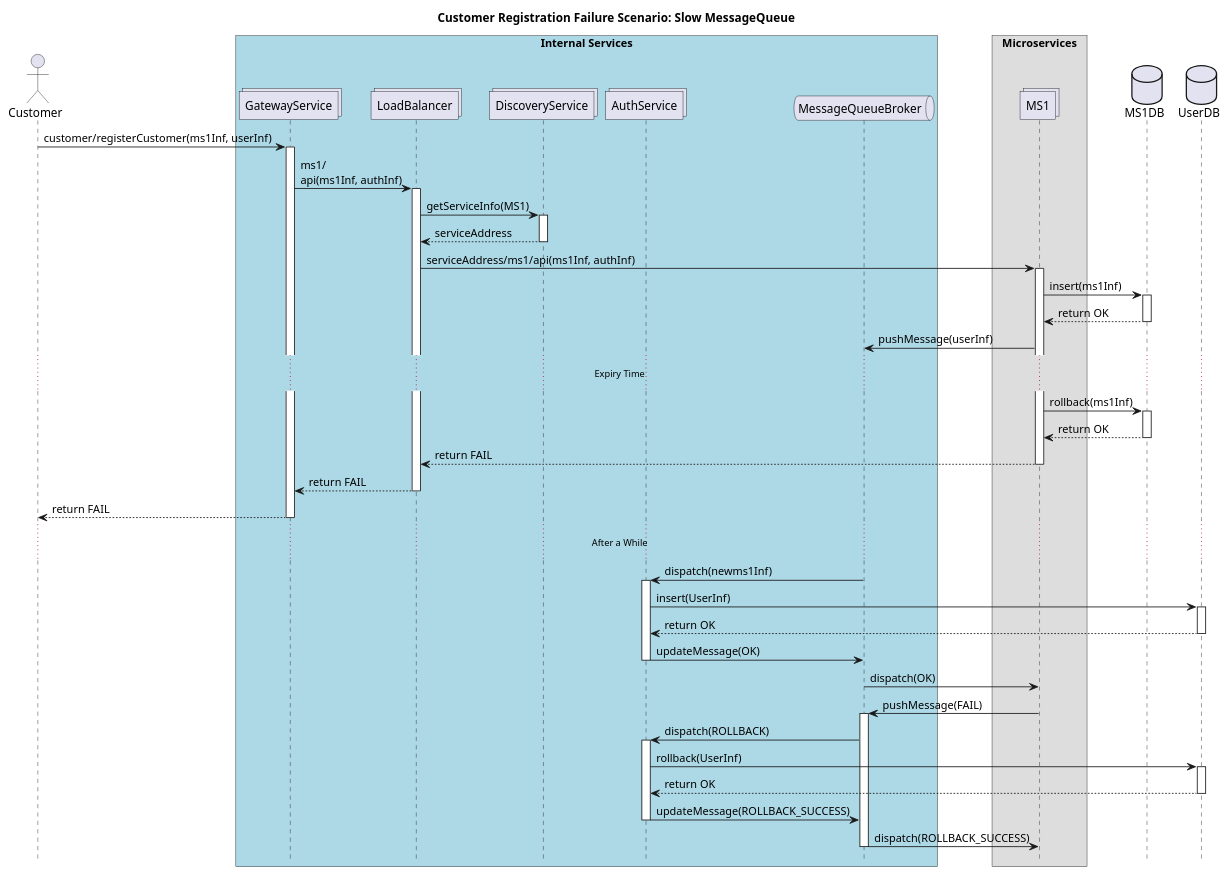
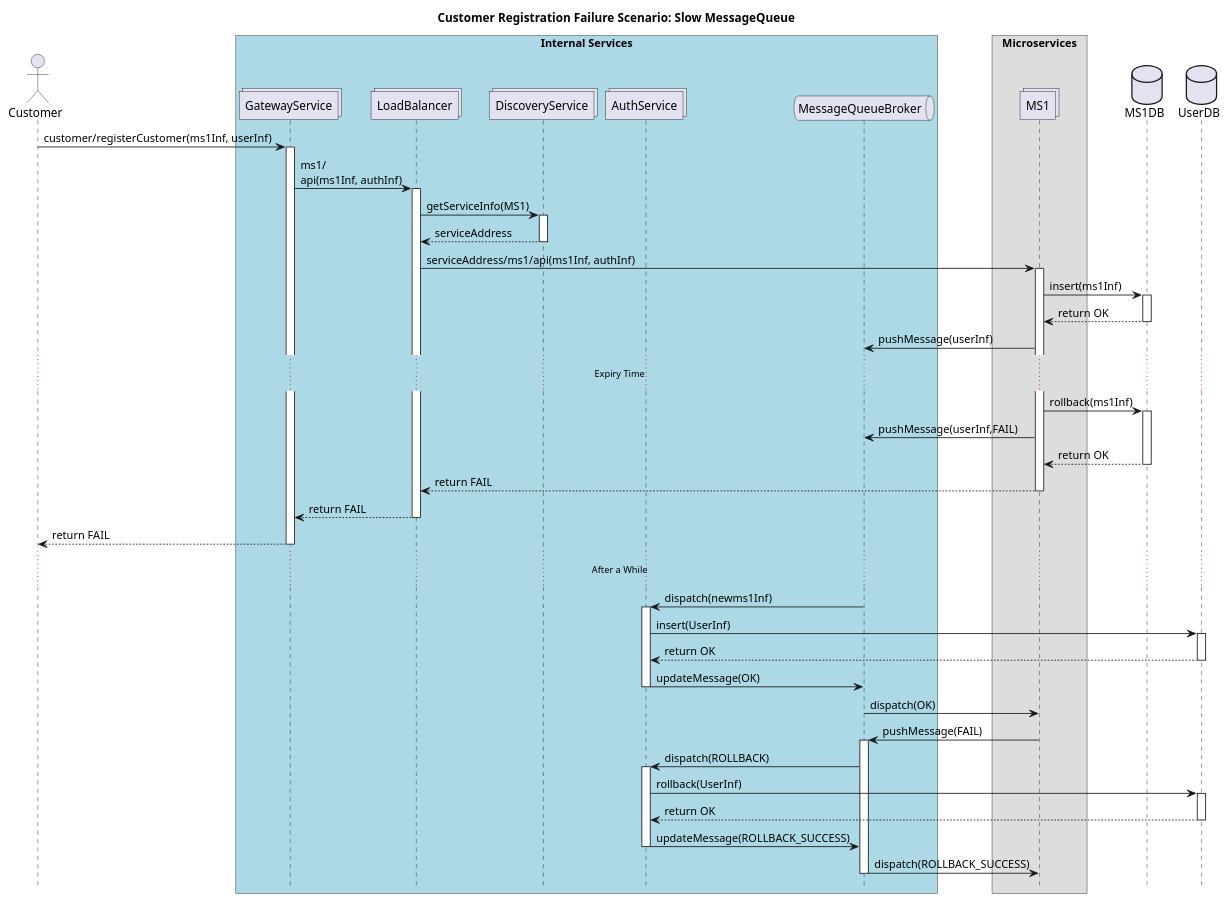
Before and after one commit to naimyurek/microblockthesis: the diagram in 05 Client Registration Failure 2.wsd, drawn with PlantUML.

Commit message:
update pushMessage broker when rollback

```diff
--- a/05 Client Registration Failure 2.wsd
+++ b/05 Client Registration Failure 2.wsd
@@ -1,53 +1,54 @@
 @startuml CustomerRegistrationFailureScenarioSlowMessageQueue
 !pragma teoz true
 
 hide footbox
 actor Customer
 
 title "Customer Registration Failure Scenario: Slow MessageQueue"
 
 box "Internal Services" #LightBlue
 collections GatewayService
 collections LoadBalancer
 collections DiscoveryService
 collections AuthService
 queue MessageQueueBroker
 end box
 
 box "Microservices"
 collections MS1
 end box
 
 database MS1DB
 database UserDB
 
 Customer -> GatewayService ++ : customer/registerCustomer(ms1Inf, userInf)
 GatewayService -> LoadBalancer ++ : ms1/\napi(ms1Inf, authInf)
 LoadBalancer -> DiscoveryService ++ : getServiceInfo(MS1)
 return serviceAddress 
 LoadBalancer -> MS1 ++ : serviceAddress/ms1/api(ms1Inf, authInf)
 MS1 -> MS1DB ++: insert(ms1Inf)
 return return OK 
 MS1 -> MessageQueueBroker : pushMessage(userInf)
 ...Expiry Time...
 MS1 -> MS1DB ++: rollback(ms1Inf)
+MS1 -> MessageQueueBroker : pushMessage(userInf,FAIL)
 return return OK 
 return return FAIL 
 return return FAIL 
 return return FAIL 
 ...After a While...
 MessageQueueBroker -> AuthService ++ : dispatch(newms1Inf)
 AuthService -> UserDB ++ : insert(UserInf)
 return return OK 
 AuthService -> MessageQueueBroker -- : updateMessage(OK)
 MessageQueueBroker -> MS1 -- : dispatch(OK)
 MS1 -> MessageQueueBroker ++ : pushMessage(FAIL)
 MessageQueueBroker -> AuthService ++ : dispatch(ROLLBACK)
 AuthService -> UserDB ++ : rollback(UserInf)
 return return OK 
 AuthService -> MessageQueueBroker -- : updateMessage(ROLLBACK_SUCCESS) 
 MessageQueueBroker -> MS1 -- : dispatch(ROLLBACK_SUCCESS)
 
 
 
 @enduml
```
